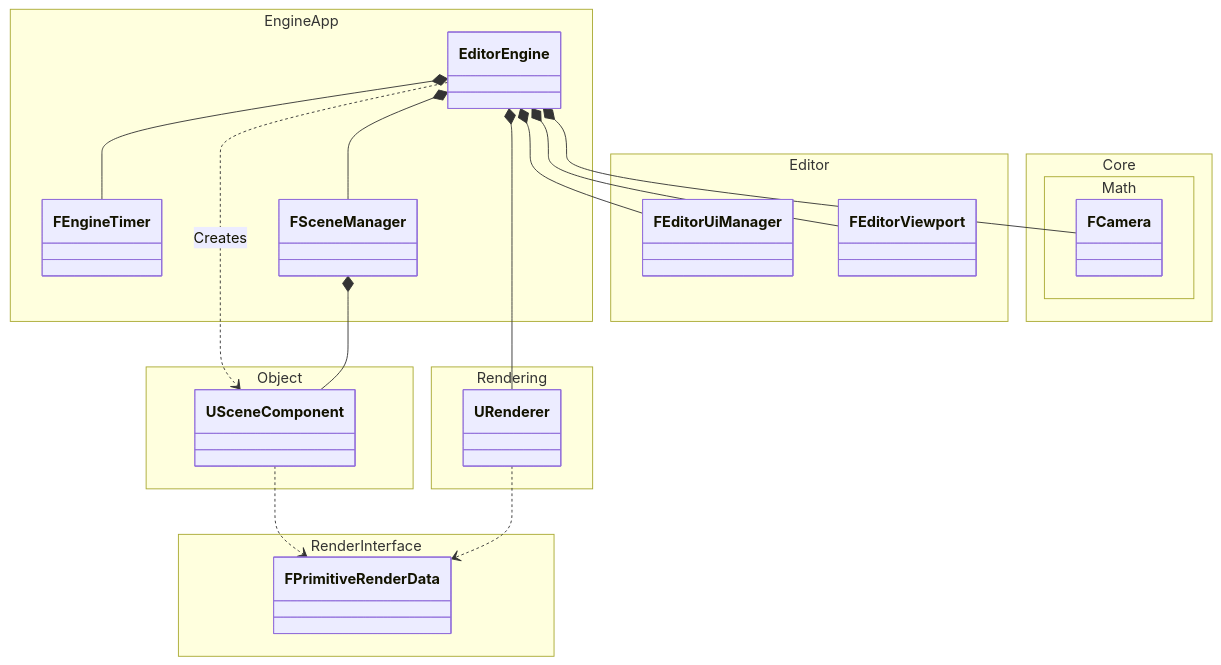
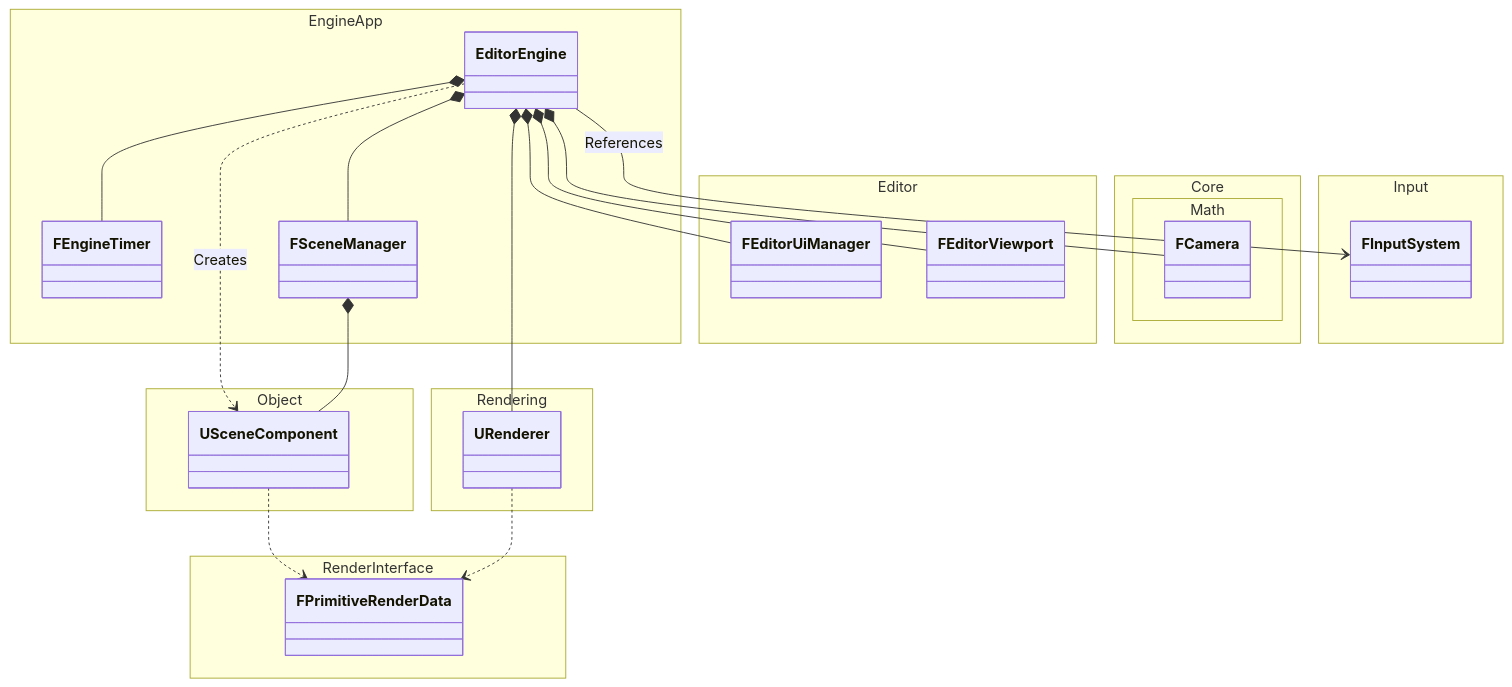
The diagram in docs/apps/EngineApp/EditorEngineDiagram.md (ksang9609/jingle-engine), drawn with Mermaid before and after one commit. The commit also changed 1 other file, not shown here.

Commit message:
docs: Add input system docs

````diff
--- a/docs/apps/EngineApp/EditorEngineDiagram.md
+++ b/docs/apps/EngineApp/EditorEngineDiagram.md
@@ -3,44 +3,49 @@
 ```mermaid
 classDiagram
 
 namespace EngineApp {
 	class EditorEngine
 	class FEngineTimer
 	class FSceneManager
 }
 
 namespace Rendering {
 	class URenderer
 }
 
 namespace Editor {
 	class FEditorUiManager
 	class FEditorViewport
 }
 
 namespace Core.Math {
 	class FCamera
 }
 
 namespace Object {
 	class USceneComponent
 }
 
 namespace RenderInterface {
 	class FPrimitiveRenderData
 }
 
+namespace Input {
+	class FInputSystem
+}
+
 EditorEngine *-- FEngineTimer
 EditorEngine *-- URenderer
 EditorEngine *-- FEditorUiManager
 EditorEngine *-- FSceneManager
 EditorEngine *-- FEditorViewport
 EditorEngine *-- FCamera
+EditorEngine --> FInputSystem : References
 
 EditorEngine ..> USceneComponent : Creates
 FSceneManager *-- USceneComponent
 
 USceneComponent ..> FPrimitiveRenderData
 URenderer ..> FPrimitiveRenderData
 
 ```
````
